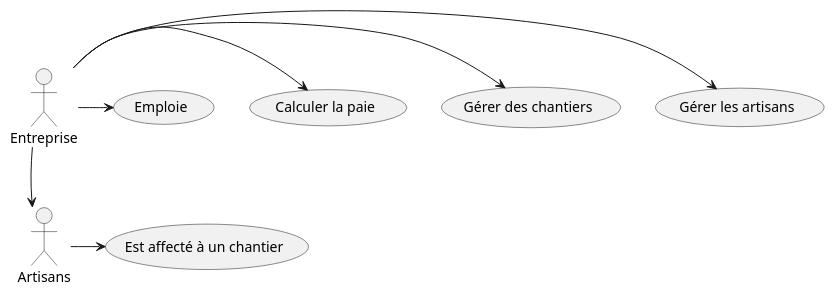
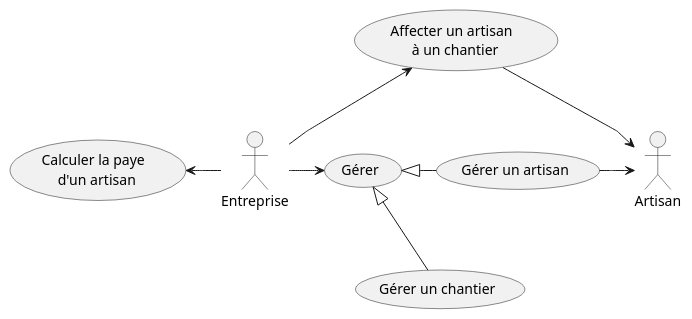
Before and after one commit to IUT-Blagnac/r2-01-conception-td5-Not-Yukii: the diagram in uc.plantuml, drawn with PlantUML. The commit also changed other lines of this file, not shown here.

Commit message:
commit uc

```diff
--- a/uc.plantuml
+++ b/uc.plantuml
@@ -6,22 +1,25 @@
-@startuml dcUML
+@startuml UC
 
-usecase c as "Gérer des chantiers"
-usecase a as "Gérer les artisans"
-usecase p as "Calculer la paie"
-usecase e as "Emploie"
-usecase ch as "Est affecté à un chantier"
+usecase gerer as "Gérer"
+usecase gererA as "Gérer un artisan"
+usecase gererC as "Gérer un chantier"
+usecase calculer as "Calculer la paye \n d'un artisan"
+usecase affecter as "Affecter un artisan \n à un chantier"
 
-actor Artisans
+actor Artisan
 actor Entreprise 
 
-Entreprise -[hidden]-> Artisans
+'Pour aligner les 2 acteurs :
+gererA -[hidden]-> gererC
 
-Entreprise -> a
-Entreprise -> c
-Entreprise -> p
-Entreprise -> e
-Entreprise -> Artisans
-Artisans -> ch
+Entreprise -> gerer
+gerer <|- gererA
+gerer <|- gererC
+gererA -> Artisan
+Entreprise -left-> calculer
+Entreprise -up-> affecter
+affecter -> Artisan
 
+skinparam Linetype polyline
 
 @enduml
```
